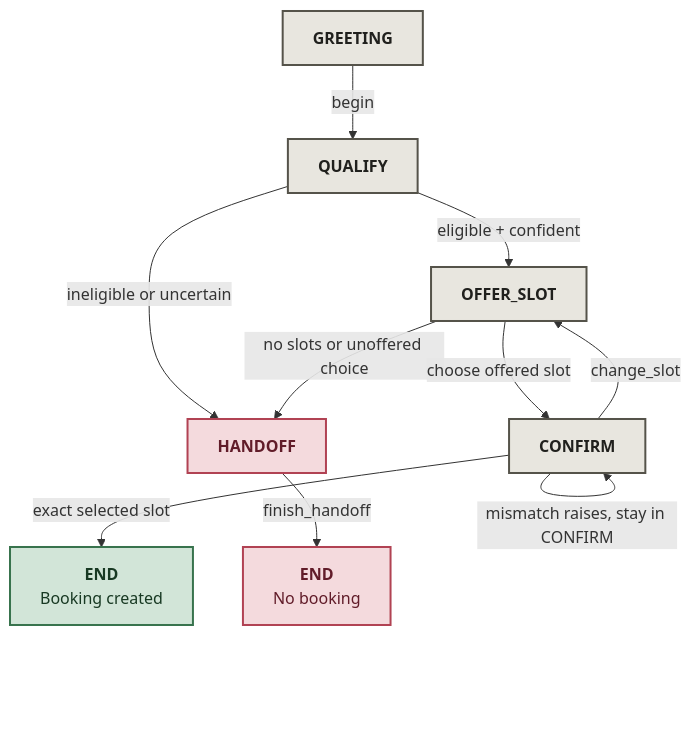
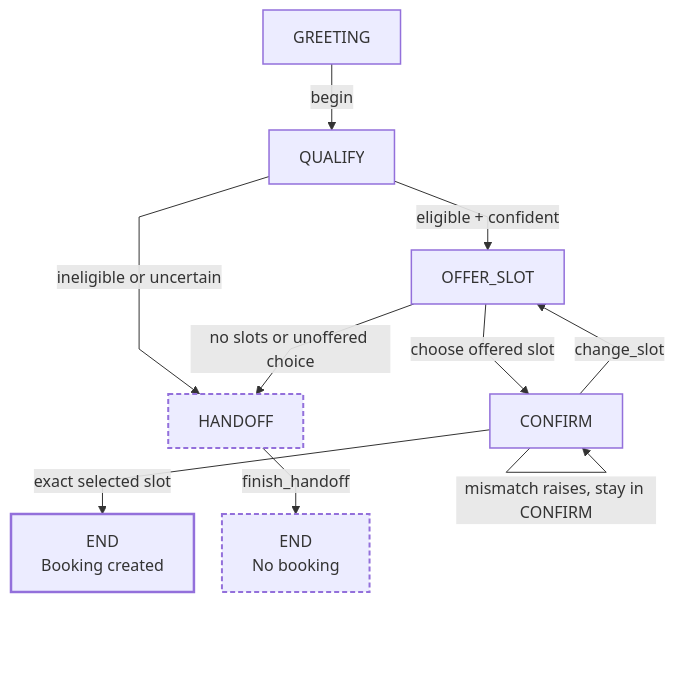
The diagram in README.md (Niyam-Paneru/ai-booking-workflow), drawn with Mermaid before and after one commit.

Commit message:
Improve Mermaid layout and light-dark theme readability

````diff
--- a/README.md
+++ b/README.md
@@ -11,18 +11,27 @@
 ```mermaid
+---
+config:
+  flowchart:
+    curve: linear
+    nodeSpacing: 28
+    rankSpacing: 42
+---
 flowchart TB
-    G["<b>GREETING</b>"] -->|begin| Q["<b>QUALIFY</b>"]
-    Q -->|eligible + confident| O["<b>OFFER_SLOT</b>"]
-    Q -->|ineligible or uncertain| H["<b>HANDOFF</b>"]
+    accTitle: Booking state machine
+    accDescr: Decision flow for booking state machine.
+    G["GREETING"] -->|begin| Q["QUALIFY"]
+    Q -->|eligible + confident| O["OFFER_SLOT"]
+    Q -->|ineligible or uncertain| H["HANDOFF"]
     O -->|no slots or unoffered choice| H
-    O -->|choose offered slot| C["<b>CONFIRM</b>"]
+    O -->|choose offered slot| C["CONFIRM"]
     C -->|change_slot| O
     C -->|mismatch raises, stay in CONFIRM| C
-    C -->|exact selected slot| B["<b>END</b><br/>Booking created"]
-    H -->|finish_handoff| E["<b>END</b><br/>No booking"]
-    classDef input fill:#e8e6df,stroke:#55534a,color:#20201d,stroke-width:2px;
-    classDef pass fill:#d2e5d8,stroke:#38734d,color:#183923,stroke-width:2px;
-    classDef stop fill:#f4dadd,stroke:#b14253,color:#611c29,stroke-width:2px;
+    C -->|exact selected slot| B["END<br/>Booking created"]
+    H -->|finish_handoff| E["END<br/>No booking"]
+    classDef input stroke-width:1.5px;
+    classDef pass stroke-width:2.5px;
+    classDef stop stroke-width:2px,stroke-dasharray:5 3;
     class G,Q,O,C input;
     class B pass;
     class H,E stop;
 ```
````
